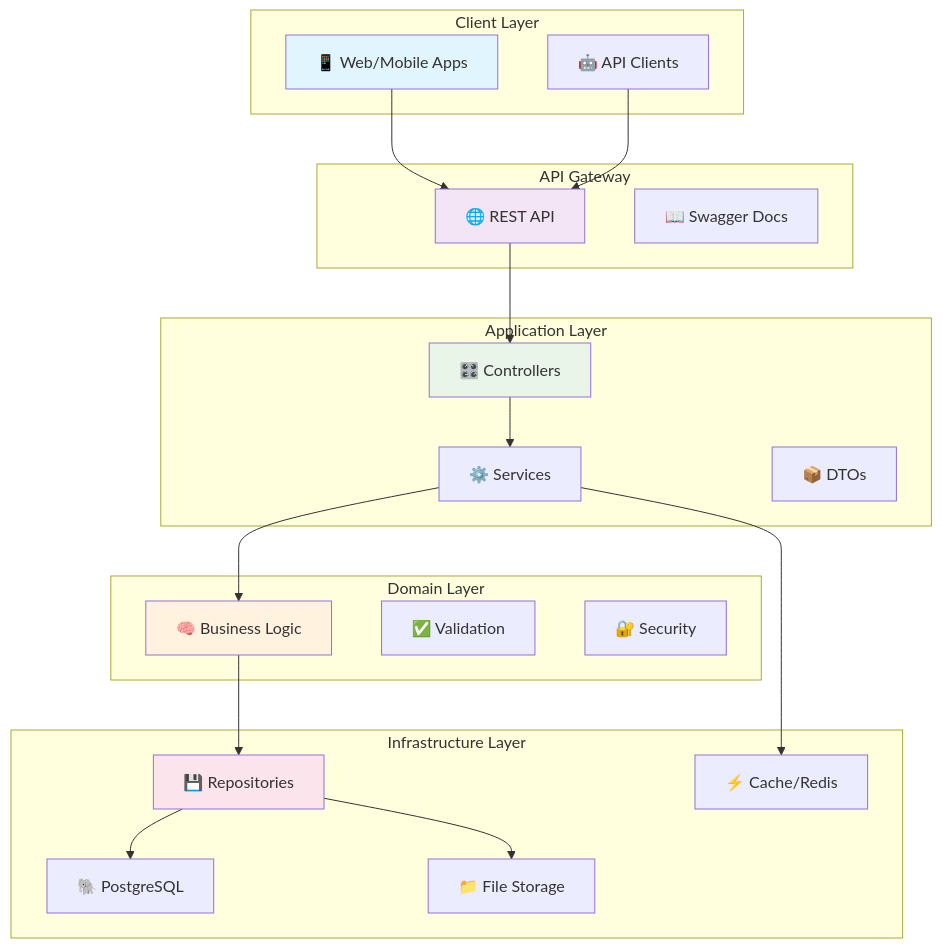
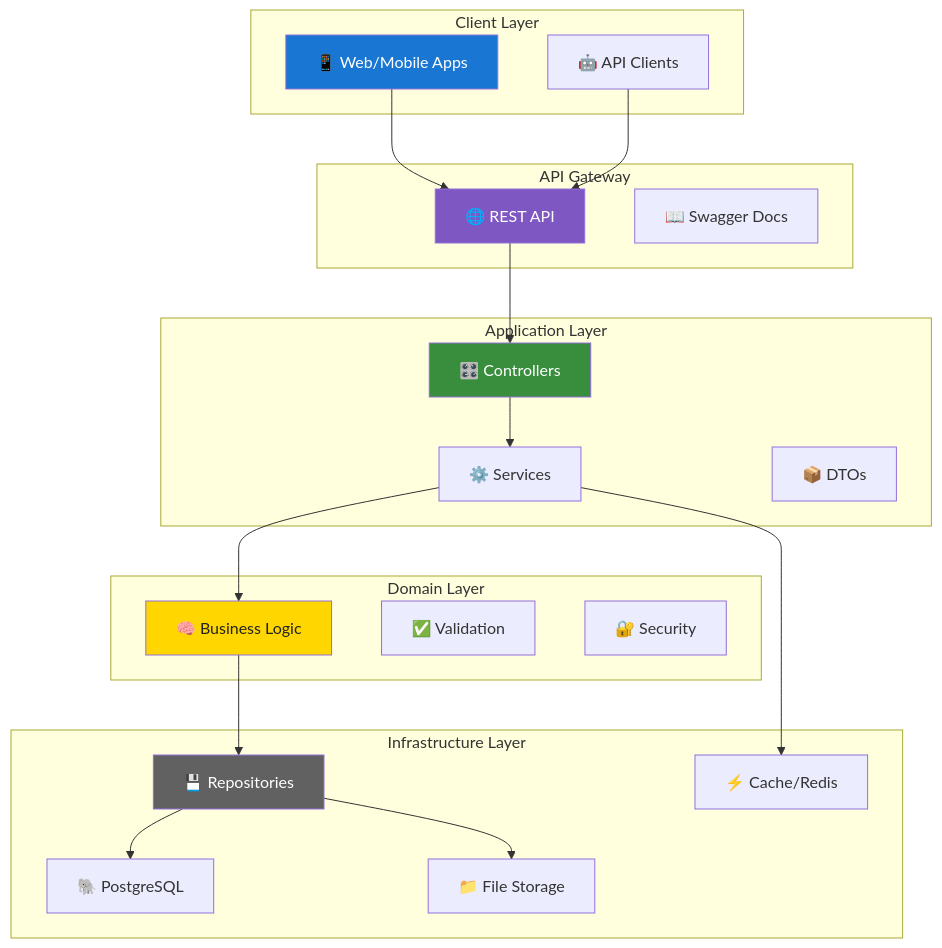
The second of 3 diagrams in server/README.md (ashrith-devison/sangrah), drawn with Mermaid before and after one commit. The commit also changed other lines of this file, not shown here.

````diff
--- a/server/README.md
+++ b/server/README.md
@@ -154,47 +154,47 @@
 ```mermaid
 graph TB
     subgraph "Client Layer"
         A[📱 Web/Mobile Apps]
         B[🤖 API Clients]
     end
 
     subgraph "API Gateway"
         C[🌐 REST API]
         D[📖 Swagger Docs]
     end
 
     subgraph "Application Layer"
         E[🎛️ Controllers]
         F[⚙️ Services]
         G[📦 DTOs]
     end
 
     subgraph "Domain Layer"
         H[🧠 Business Logic]
         I[✅ Validation]
         J[🔐 Security]
     end
 
     subgraph "Infrastructure Layer"
         K[💾 Repositories]
         L[🐘 PostgreSQL]
         M[📁 File Storage]
         N[⚡ Cache/Redis]
     end
 
     A --> C
     B --> C
     C --> E
     E --> F
     F --> H
     H --> K
     K --> L
     K --> M
     F --> N
 
-    style A fill:#e1f5fe
-    style C fill:#f3e5f5
-    style E fill:#e8f5e8
-    style H fill:#fff3e0
-    style K fill:#fce4ec
+  style A fill:#1976d2,color:#fff
+  style C fill:#7e57c2,color:#fff
+  style E fill:#388e3c,color:#fff
+  style H fill:#ffd600,color:#222
+  style K fill:#616161,color:#fff
 ```
````
